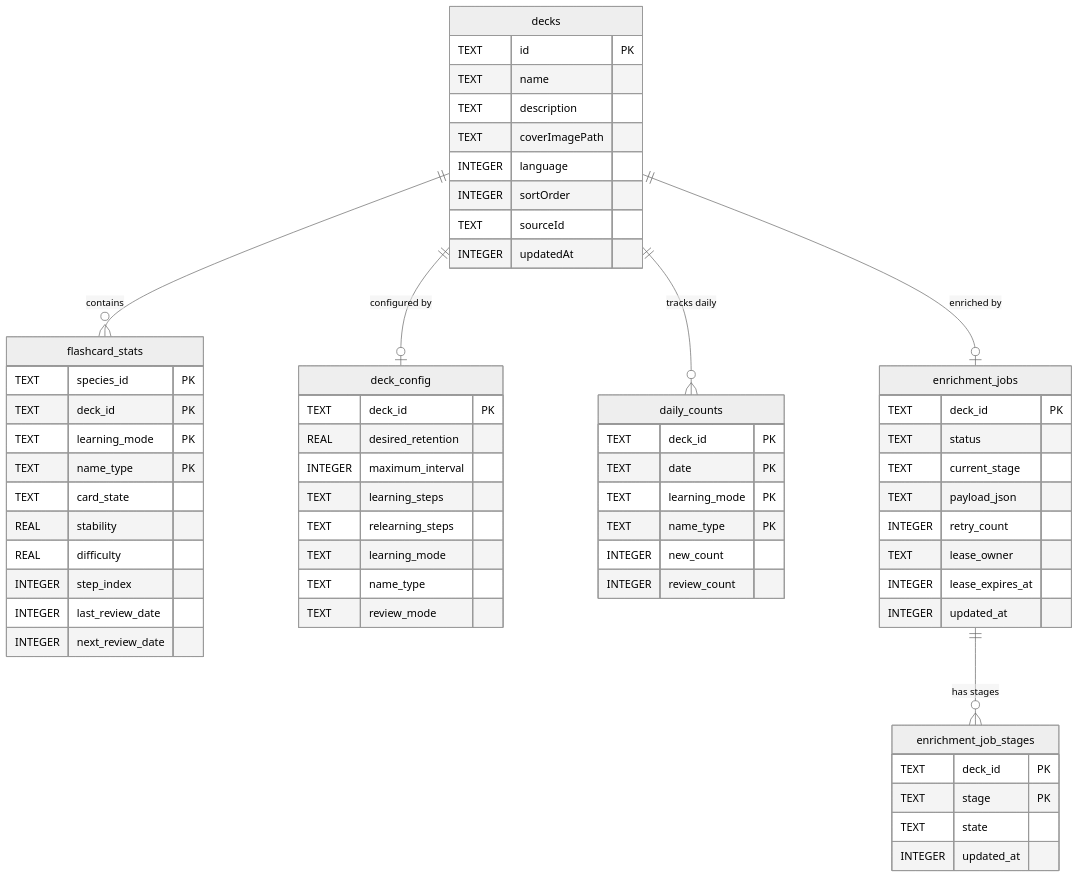
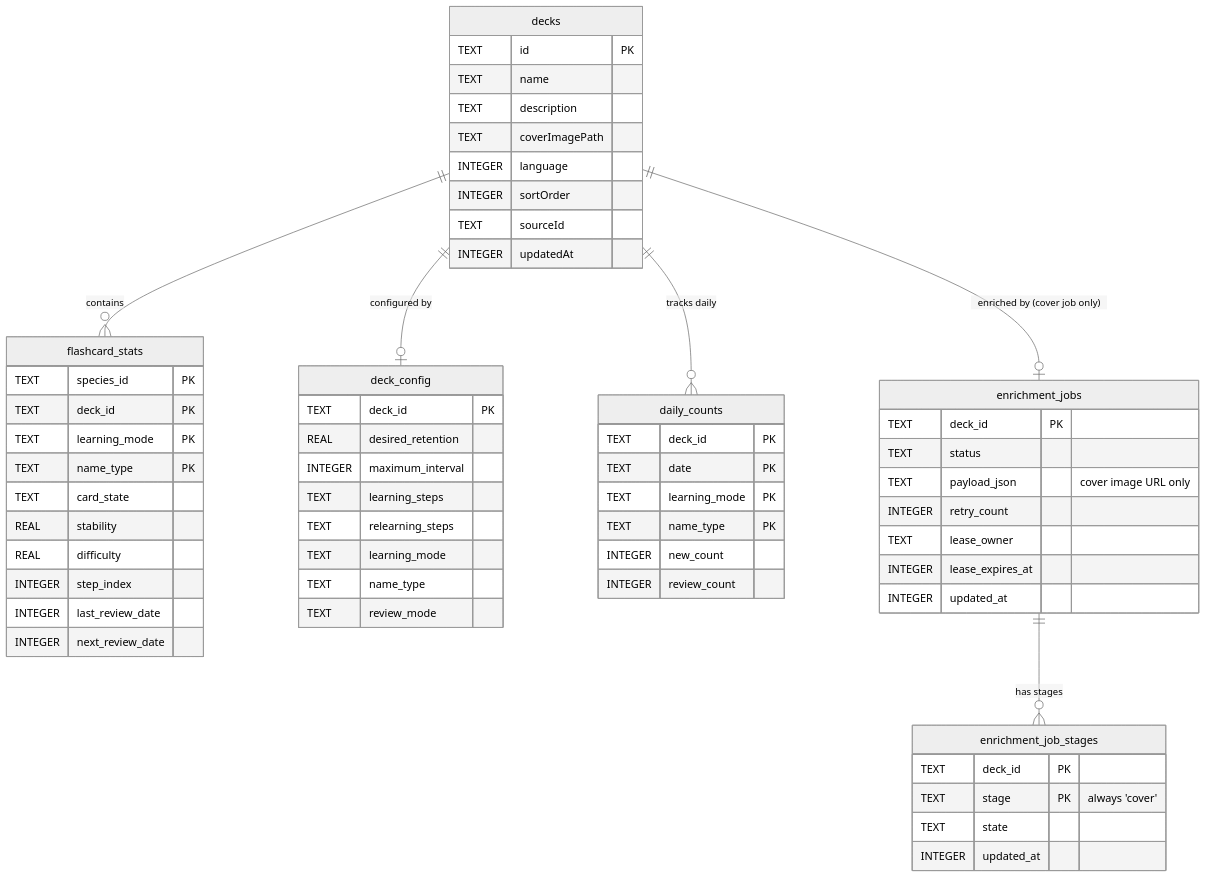
The diagram in docs/architecture-overview.md (discere-app/discere), drawn with Mermaid (neutral theme) before and after one commit. The commit also changed other lines of this file and 2 other files, not shown here.

Commit message:
docs(enrichment): adapted documentation to new implementation

````diff
--- a/docs/architecture-overview.md
+++ b/docs/architecture-overview.md
@@ -152,70 +169,69 @@
 ```mermaid
 erDiagram
     decks {
         TEXT id PK
         TEXT name
         TEXT description
         TEXT coverImagePath
         INTEGER language
         INTEGER sortOrder
         TEXT sourceId
         INTEGER updatedAt
     }
 
     flashcard_stats {
         TEXT species_id PK
         TEXT deck_id PK
         TEXT learning_mode PK
         TEXT name_type PK
         TEXT card_state
         REAL stability
         REAL difficulty
         INTEGER step_index
         INTEGER last_review_date
         INTEGER next_review_date
     }
 
     deck_config {
         TEXT deck_id PK
         REAL desired_retention
         INTEGER maximum_interval
         TEXT learning_steps
         TEXT relearning_steps
         TEXT learning_mode
         TEXT name_type
         TEXT review_mode
     }
 
     daily_counts {
         TEXT deck_id PK
         TEXT date PK
         TEXT learning_mode PK
         TEXT name_type PK
         INTEGER new_count
         INTEGER review_count
     }
 
     enrichment_jobs {
         TEXT deck_id PK
         TEXT status
-        TEXT current_stage
-        TEXT payload_json
+        TEXT payload_json "cover image URL only"
         INTEGER retry_count
         TEXT lease_owner
         INTEGER lease_expires_at
         INTEGER updated_at
     }
 
     enrichment_job_stages {
         TEXT deck_id PK
-        TEXT stage PK
+        TEXT stage PK "always 'cover'"
         TEXT state
         INTEGER updated_at
     }
 
     decks ||--o{ flashcard_stats : "contains"
     decks ||--o| deck_config : "configured by"
     decks ||--o{ daily_counts : "tracks daily"
-    decks ||--o| enrichment_jobs : "enriched by"
+    decks ||--o| enrichment_jobs : "enriched by (cover job only)"
     enrichment_jobs ||--o{ enrichment_job_stages : "has stages"
 ```
````
